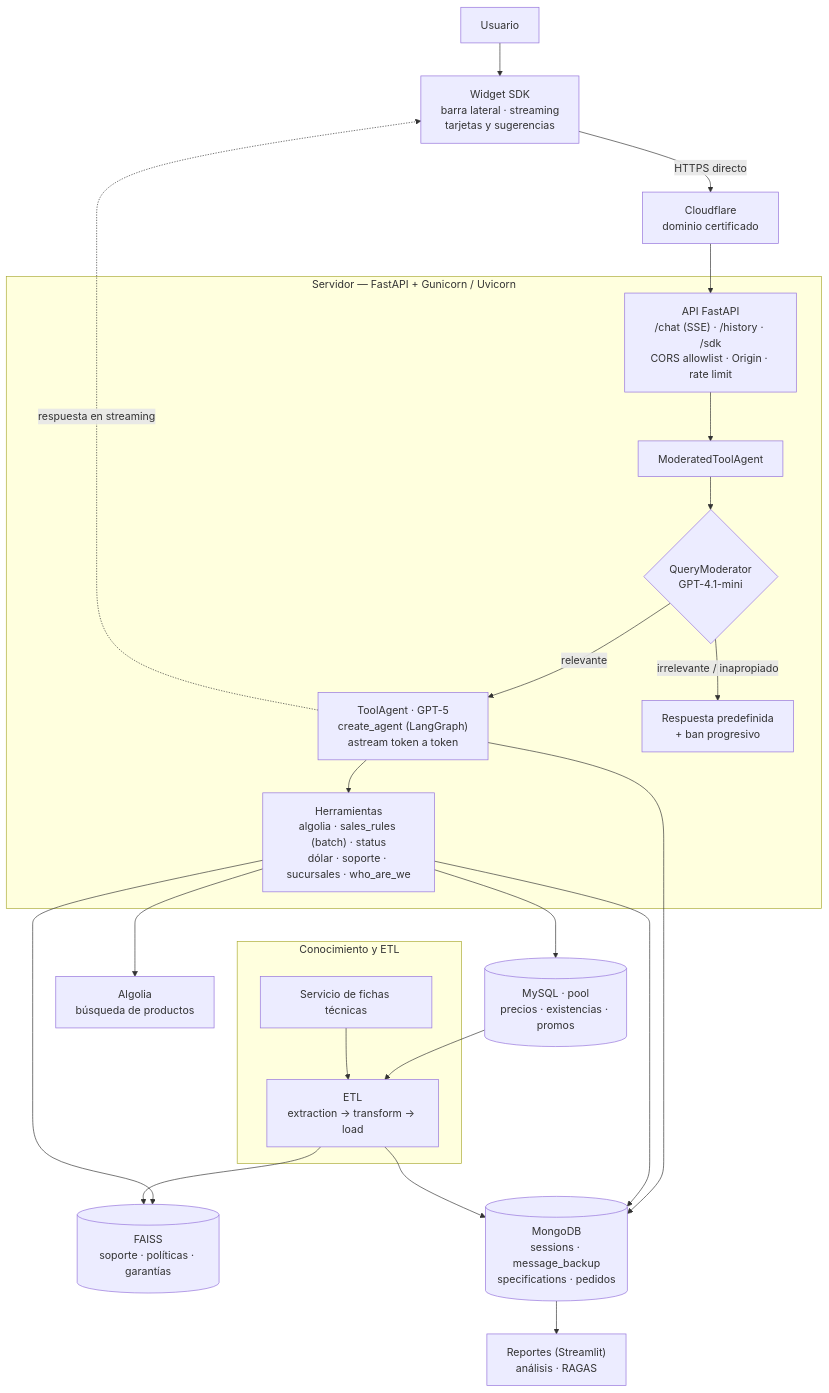
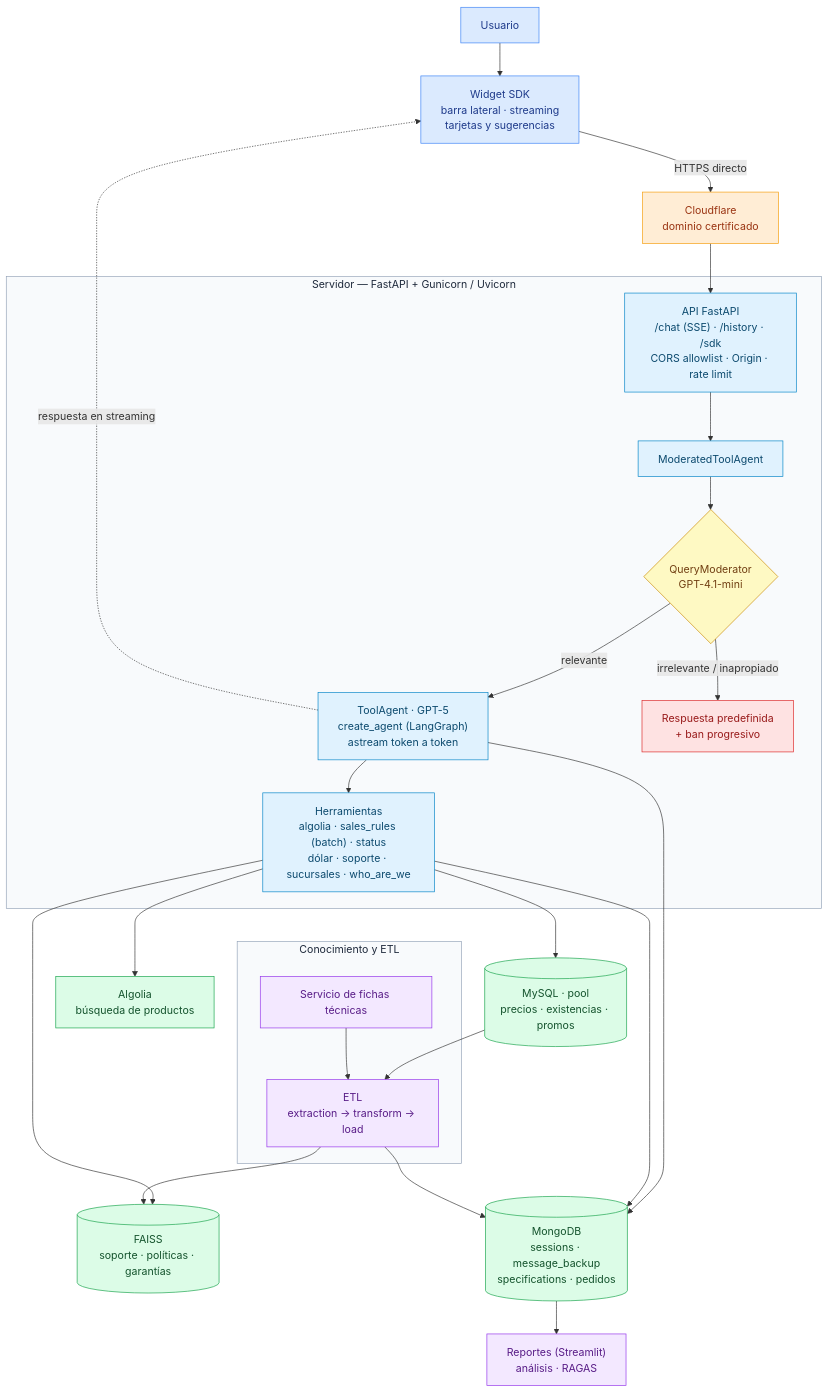
Before and after one commit to anmerino-pnd/projects-hub: the first of 5 diagrams in 2_ct_chatbot/6_documentacion.qmd, drawn with Mermaid. The commit also changed 3 other files, not shown here.

````diff
--- a/2_ct_chatbot/6_documentacion.qmd
+++ b/2_ct_chatbot/6_documentacion.qmd
@@ -1660,39 +1660,60 @@
 ```{mermaid}
 %%| label: fig-arquitectura
 %%| fig-cap: "Arquitectura actual del sistema"
 flowchart TB
     U["Usuario"] --> W["Widget SDK<br/>barra lateral · streaming<br/>tarjetas y sugerencias"]
     W -->|"HTTPS directo"| CF["Cloudflare<br/>dominio certificado"]
     CF --> API
 
     subgraph SRV["Servidor — FastAPI + Gunicorn / Uvicorn"]
         API["API FastAPI<br/>/chat (SSE) · /history · /sdk<br/>CORS allowlist · Origin · rate limit"]
         MOD["ModeratedToolAgent"]
         CLS{"QueryModerator<br/>GPT-4.1-mini"}
         AG["ToolAgent · GPT-5<br/>create_agent (LangGraph)<br/>astream token a token"]
         RESP["Respuesta predefinida<br/>+ ban progresivo"]
         TOOLS["Herramientas<br/>algolia · sales_rules (batch) · status<br/>dólar · soporte · sucursales · who_are_we"]
         API --> MOD --> CLS
         CLS -->|"relevante"| AG
         CLS -->|"irrelevante / inapropiado"| RESP
         AG --> TOOLS
     end
 
     AG -.->|"respuesta en streaming"| W
     TOOLS --> ALG["Algolia<br/>búsqueda de productos"]
     TOOLS --> MYSQL[("MySQL · pool<br/>precios · existencias · promos")]
     TOOLS --> FAISS[("FAISS<br/>soporte · políticas · garantías")]
     AG --> MONGO[("MongoDB<br/>sessions · message_backup<br/>specifications · pedidos")]
     TOOLS --> MONGO
 
     subgraph KB["Conocimiento y ETL"]
         ETL["ETL<br/>extraction → transform → load"]
         FICHAS["Servicio de fichas técnicas"]
     end
     MYSQL --> ETL
     FICHAS --> ETL
     ETL --> FAISS
     ETL --> MONGO
 
     MONGO --> REP["Reportes (Streamlit)<br/>análisis · RAGAS"]
+
+    %% --- Estilos auto-contenidos: fondo claro + texto oscuro en cada nodo,
+    %% --- legibles tanto en tema claro como oscuro de la página.
+    classDef cliente   fill:#dbeafe,stroke:#3b82f6,stroke-width:1px,color:#1e3a8a;
+    classDef edge      fill:#ffedd5,stroke:#f59e0b,stroke-width:1px,color:#9a3412;
+    classDef servidor  fill:#e0f2fe,stroke:#0284c7,stroke-width:1px,color:#0c4a6e;
+    classDef decision  fill:#fef9c3,stroke:#ca8a04,stroke-width:1px,color:#713f12;
+    classDef bloqueo   fill:#fee2e2,stroke:#dc2626,stroke-width:1px,color:#991b1b;
+    classDef datos     fill:#dcfce7,stroke:#16a34a,stroke-width:1px,color:#14532d;
+    classDef proceso   fill:#f3e8ff,stroke:#9333ea,stroke-width:1px,color:#581c87;
+
+    class U,W cliente;
+    class CF edge;
+    class API,MOD,AG,TOOLS servidor;
+    class CLS decision;
+    class RESP bloqueo;
+    class ALG,MYSQL,FAISS,MONGO datos;
+    class ETL,FICHAS,REP proceso;
+
+    style SRV fill:#f8fafc,stroke:#94a3b8,stroke-width:1px,color:#1e293b;
+    style KB  fill:#f8fafc,stroke:#94a3b8,stroke-width:1px,color:#1e293b;
 ```
````
